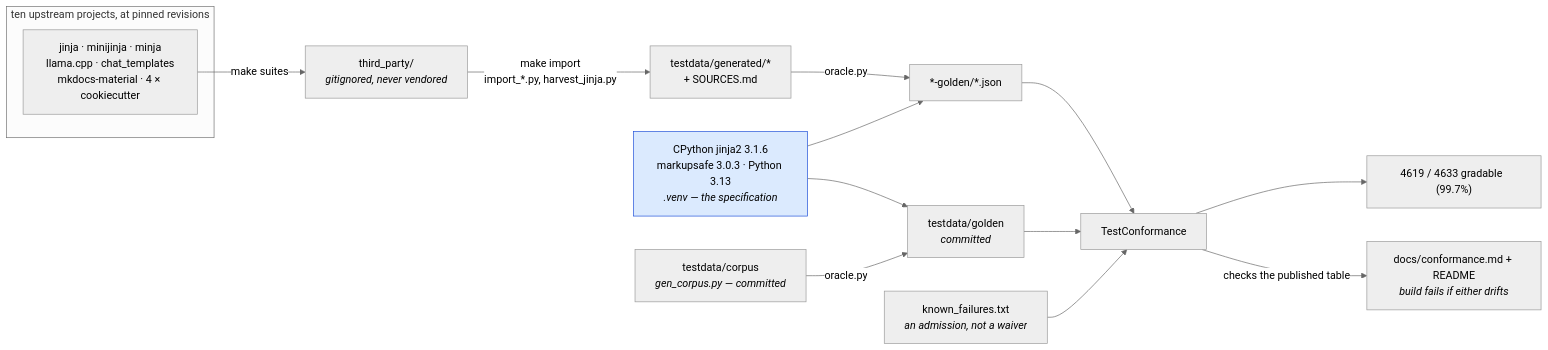
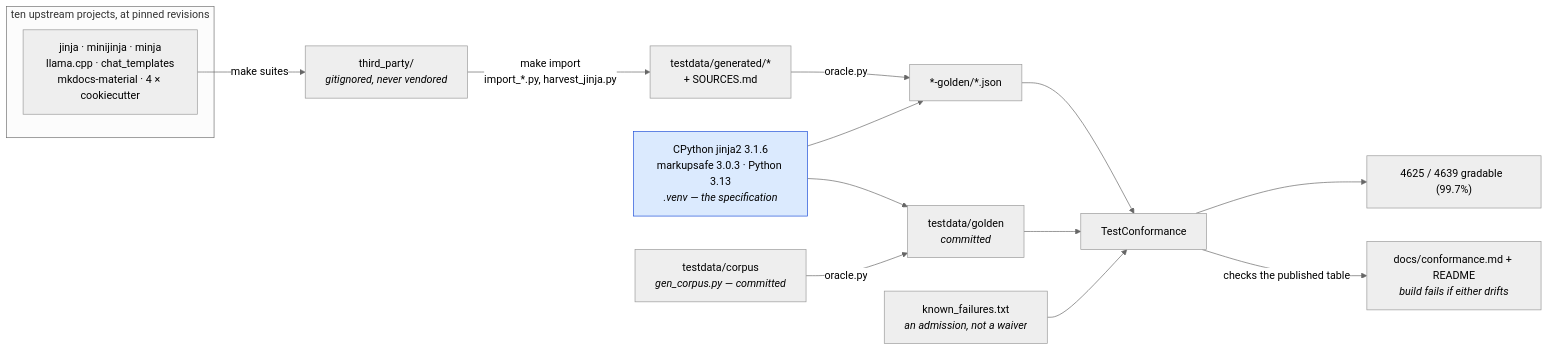
One commit to mgilbir/gojja2 changed the first of 2 diagrams in docs/conformance.md. Above: the diagram before and after it, drawn with Mermaid (neutral theme). The commit also changed other lines of this file and 22 other files, not shown here.

````diff
--- a/docs/conformance.md
+++ b/docs/conformance.md
@@ -17,24 +17,24 @@
 ```mermaid
 flowchart LR
     subgraph up["ten upstream projects, at pinned revisions"]
         U1["jinja · minijinja · minja<br/>llama.cpp · chat_templates<br/>mkdocs-material · 4 × cookiecutter"]
     end
     U1 -->|"make suites"| TP["third_party/<br/><i>gitignored, never vendored</i>"]
     TP -->|"make import<br/>import_*.py, harvest_jinja.py"| GEN["testdata/generated/*<br/>+ SOURCES.md"]
 
     ORA["CPython jinja2 3.1.6<br/>markupsafe 3.0.3 · Python 3.13<br/><i>.venv — the specification</i>"]
     GEN -->|"oracle.py"| G2["*-golden/*.json"]
     ORA --> G2
 
     OWN["testdata/corpus<br/><i>gen_corpus.py — committed</i>"] -->|"oracle.py"| G1["testdata/golden<br/><i>committed</i>"]
     ORA --> G1
 
     G1 --> TC["TestConformance"]
     G2 --> TC
     KF["known_failures.txt<br/><i>an admission, not a waiver</i>"] --> TC
-    TC --> RATE["4619 / 4633 gradable  (99.7%)"]
+    TC --> RATE["4625 / 4639 gradable  (99.7%)"]
     TC -->|"checks the published table"| RM["docs/conformance.md + README<br/><i>build fails if either drifts</i>"]
 
     classDef spec fill:#dbeafe,stroke:#1d4ed8,color:#000
     class ORA spec
 ```
````
